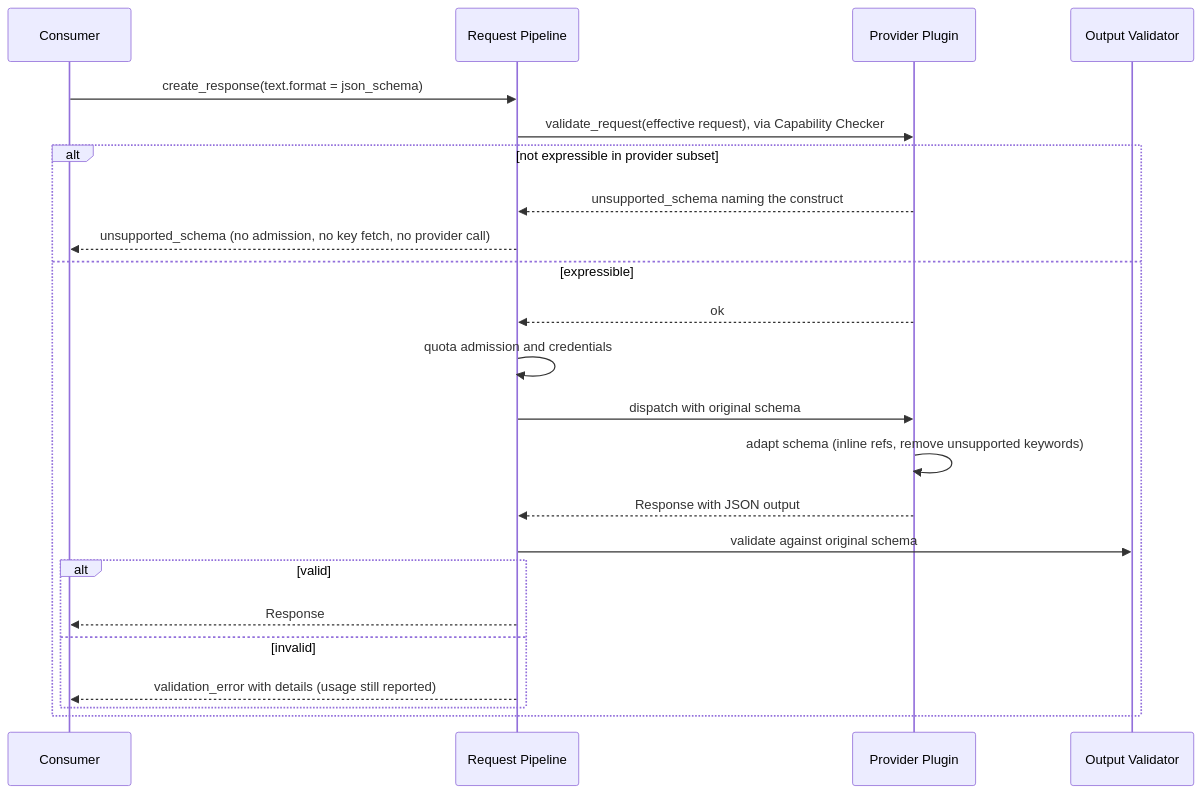
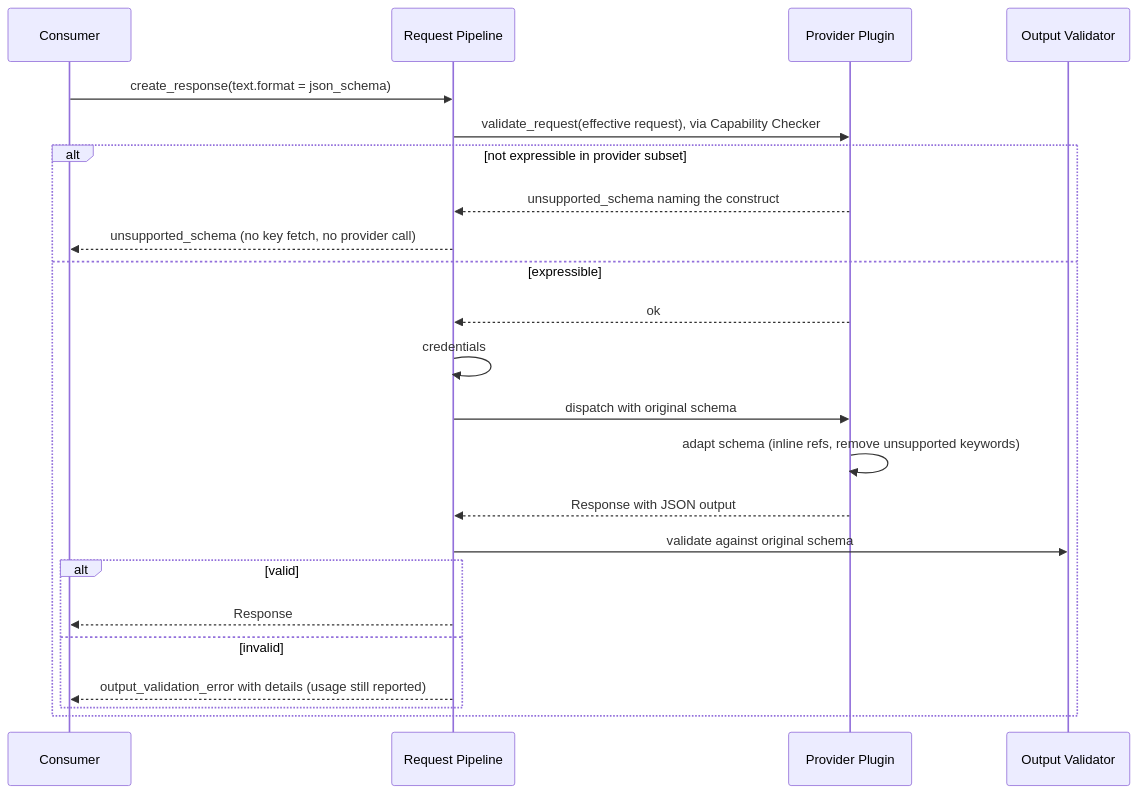
Before and after one commit to AndIConstructor/gears-rust: the eighth of 14 diagrams in gears/llm-gateway/docs/DESIGN.md, drawn with Mermaid. The commit also changed other lines of this file and 1 other file, not shown here.

````diff
--- a/gears/llm-gateway/docs/DESIGN.md
+++ b/gears/llm-gateway/docs/DESIGN.md
@@ -948,25 +916,25 @@
 ```mermaid
 sequenceDiagram
     participant C as Consumer
     participant P as Request Pipeline
     participant PL as Provider Plugin
     participant OV as Output Validator
     C->>P: create_response(text.format = json_schema)
     P->>PL: validate_request(effective request), via Capability Checker
     alt not expressible in provider subset
         PL-->>P: unsupported_schema naming the construct
-        P-->>C: unsupported_schema (no admission, no key fetch, no provider call)
+        P-->>C: unsupported_schema (no key fetch, no provider call)
     else expressible
         PL-->>P: ok
-        P->>P: quota admission and credentials
+        P->>P: credentials
         P->>PL: dispatch with original schema
         PL->>PL: adapt schema (inline refs, remove unsupported keywords)
         PL-->>P: Response with JSON output
         P->>OV: validate against original schema
         alt valid
             P-->>C: Response
         else invalid
-            P-->>C: validation_error with details (usage still reported)
+            P-->>C: output_validation_error with details (usage still reported)
         end
     end
 ```
````
